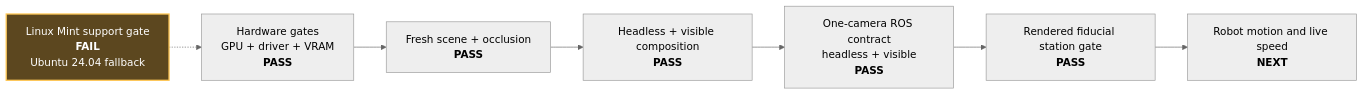
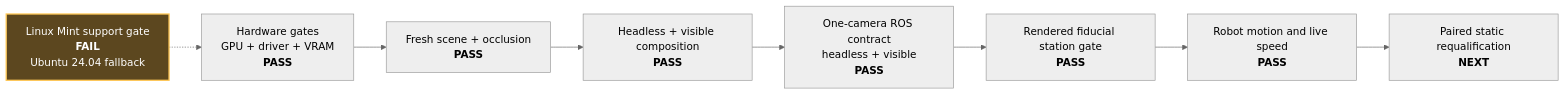
One commit to alexandergmzx/corridor-twin changed the diagram in docs/ACTIVATION.md. Above: the diagram before and after it, drawn with Mermaid (neutral theme). The commit also changed other lines of this file and 8 other files, not shown here.

````diff
--- a/docs/ACTIVATION.md
+++ b/docs/ACTIVATION.md
@@ -139,11 +139,12 @@
 ```mermaid
 flowchart LR
     HW["Hardware gates<br/>GPU + driver + VRAM<br/><b>PASS</b>"] --> Scene["Fresh scene + occlusion<br/><b>PASS</b>"]
     Scene --> Smoke["Headless + visible composition<br/><b>PASS</b>"]
     Smoke --> Camera["One-camera ROS contract<br/>headless + visible<br/><b>PASS</b>"]
     Camera --> Static["Rendered fiducial station gate<br/><b>PASS</b>"]
-    Static --> Motion["Robot motion and live speed<br/><b>NEXT</b>"]
+    Static --> Motion["Robot motion and live speed<br/><b>PASS</b>"]
+    Motion --> Requal["Paired static requalification<br/><b>NEXT</b>"]
     OS["Linux Mint support gate<br/><b>FAIL</b><br/>Ubuntu 24.04 fallback"]:::conditional -.-> HW
 
     classDef conditional fill:#5c471f,color:#ffffff,stroke:#ffc857,stroke-width:2px;
 ```
````
